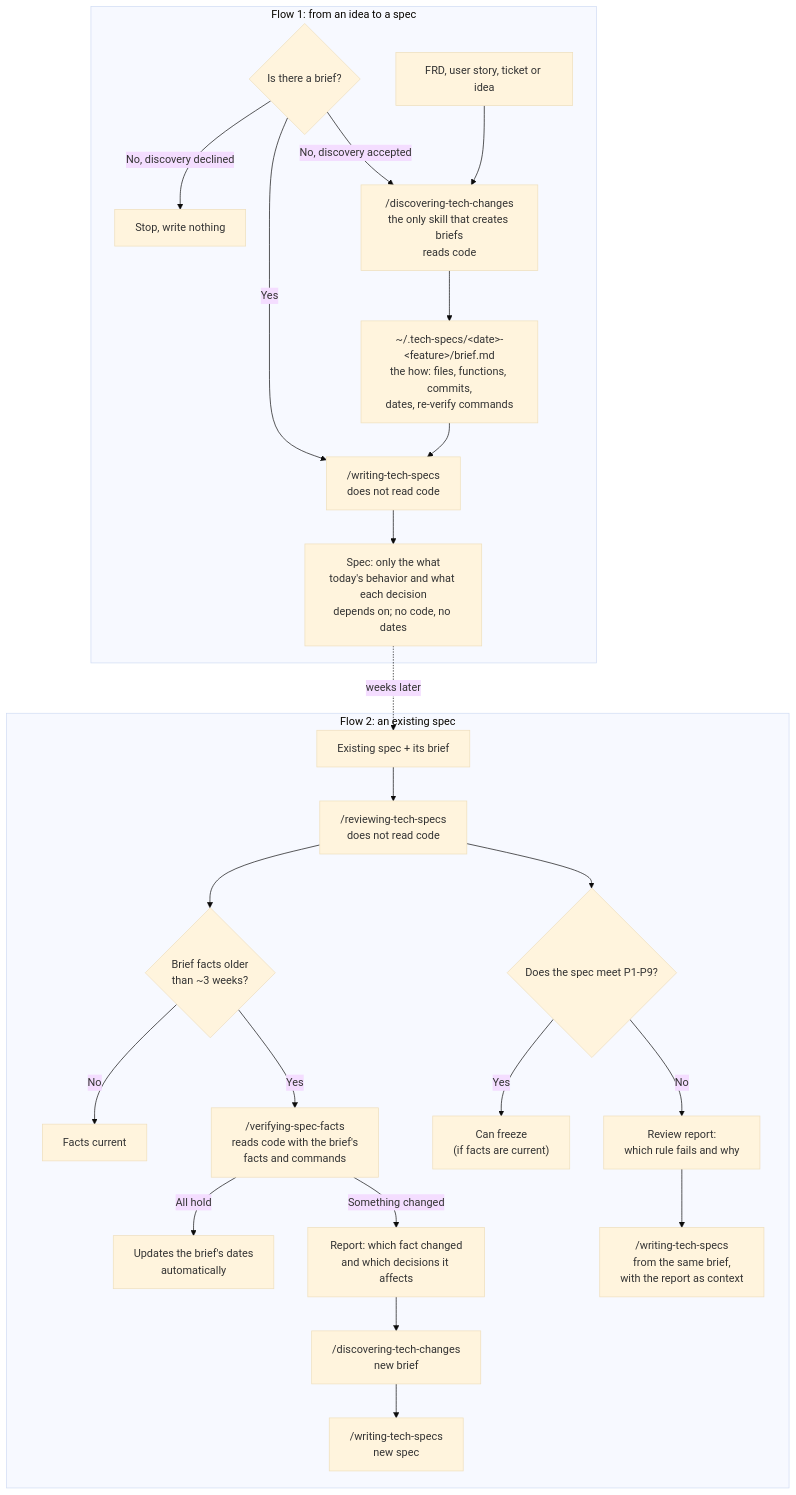
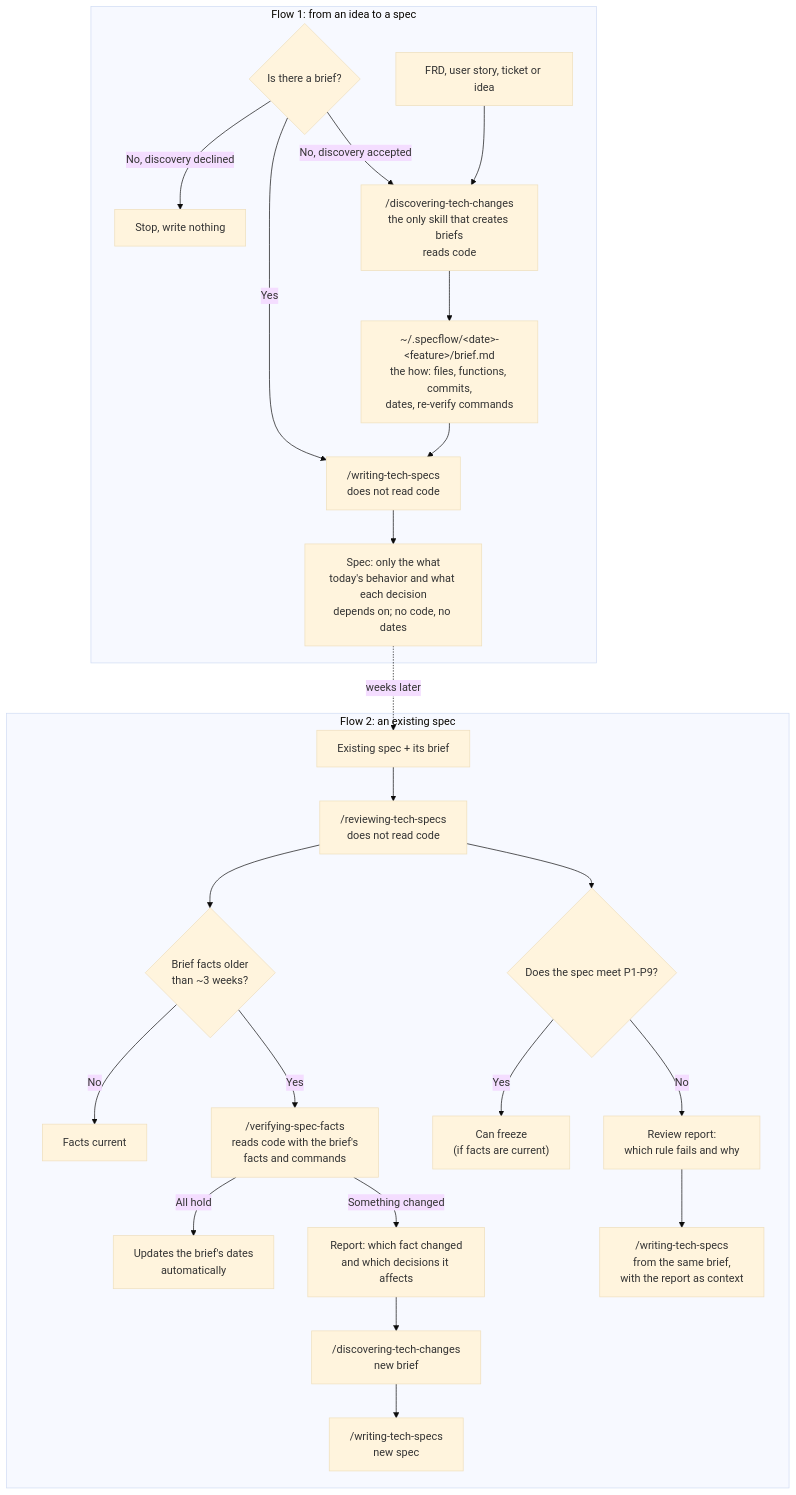
One commit to carlos-enrique-hurtado-puente/my-skills changed the diagram in docs/skills/planning/flow.md. Above: the diagram before and after it, drawn with Mermaid (base theme). The commit also changed other lines of this file and 18 other files, not shown here.

````diff
--- a/docs/skills/planning/flow.md
+++ b/docs/skills/planning/flow.md
@@ -7,30 +7,30 @@
 ```mermaid
 flowchart TD
     subgraph F1["Flow 1: from an idea to a spec"]
       Q0{"Is there a brief?"} -- "No, discovery declined" --> STOP["Stop, write nothing"]
       Q0 -- "No, discovery accepted" --> DISC
       Q0 -- "Yes" --> WRITE
       IN["FRD, user story, ticket or idea"] --> DISC["/discovering-tech-changes<br/>the only skill that creates briefs<br/>reads code"]
-      DISC --> BRIEF["~/.tech-specs/&lt;date&gt;-&lt;feature&gt;/brief.md<br/>the how: files, functions, commits,<br/>dates, re-verify commands"]
+      DISC --> BRIEF["~/.specflow/&lt;date&gt;-&lt;feature&gt;/brief.md<br/>the how: files, functions, commits,<br/>dates, re-verify commands"]
       BRIEF --> WRITE["/writing-tech-specs<br/>does not read code"]
       WRITE --> SPEC["Spec: only the what<br/>today's behavior and what each decision<br/>depends on; no code, no dates"]
     end
 
     subgraph F2["Flow 2: an existing spec"]
       S2["Existing spec + its brief"] --> REV["/reviewing-tech-specs<br/>does not read code"]
       REV --> FORM{"Does the spec meet P1-P9?"}
       REV --> AGE{"Brief facts older<br/>than ~3 weeks?"}
 
       AGE -- "No" --> FRESH["Facts current"]
       AGE -- "Yes" --> VER["/verifying-spec-facts<br/>reads code with the brief's<br/>facts and commands"]
       VER -- "All hold" --> DATES["Updates the brief's dates<br/>automatically"]
       VER -- "Something changed" --> REPV["Report: which fact changed<br/>and which decisions it affects"]
       REPV --> DISC2["/discovering-tech-changes<br/>new brief"] --> WRITE2["/writing-tech-specs<br/>new spec"]
 
       FORM -- "Yes" --> PASS["Can freeze<br/>(if facts are current)"]
       FORM -- "No" --> REPF["Review report:<br/>which rule fails and why"]
       REPF --> WRITE3["/writing-tech-specs<br/>from the same brief,<br/>with the report as context"]
     end
 
     SPEC -. "weeks later" .-> S2
 ```
````
